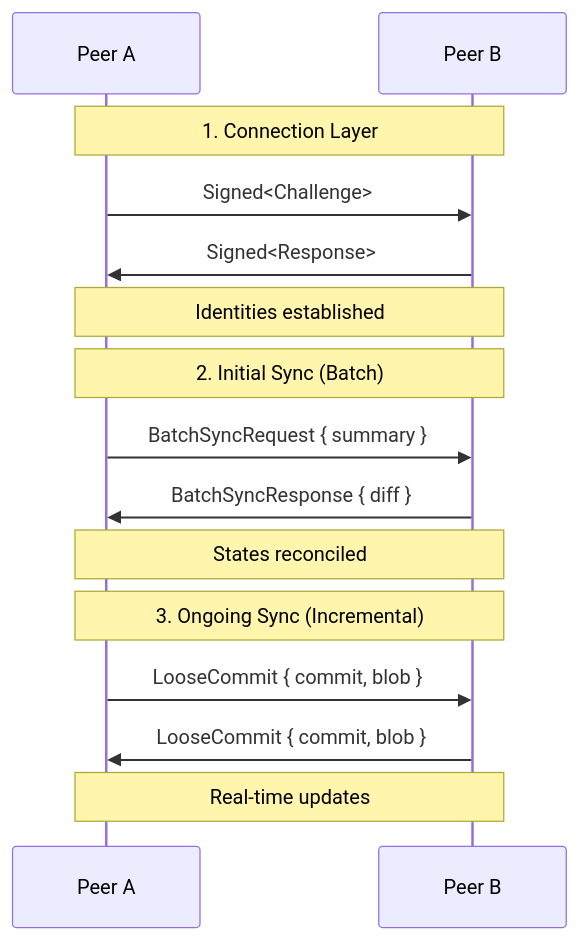
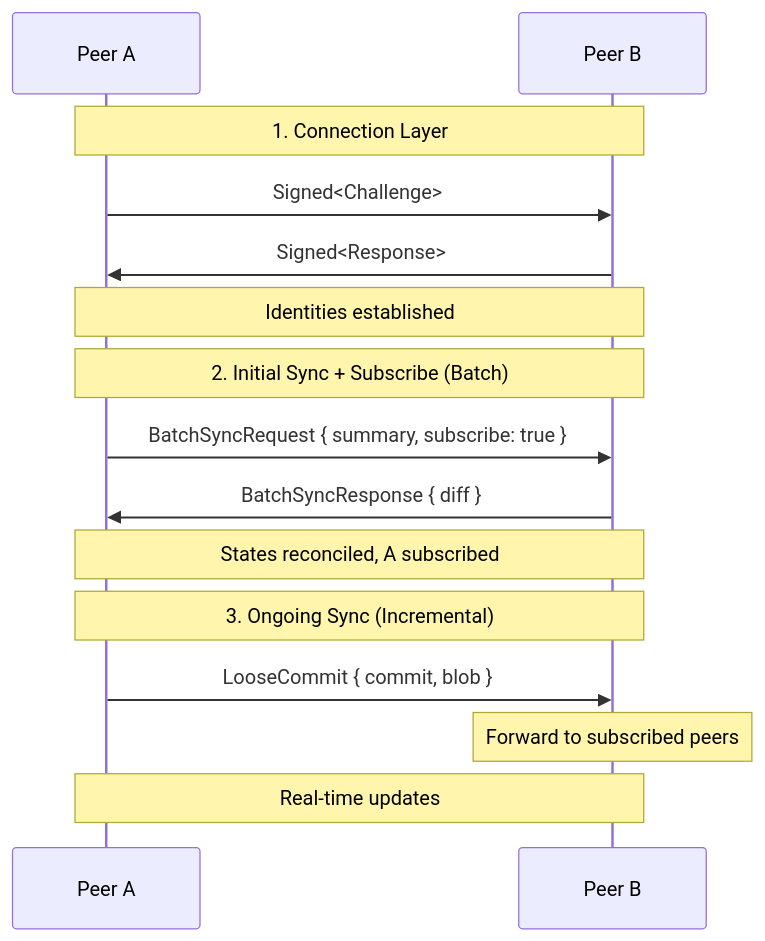
The second of 2 diagrams in design/README.md (inkandswitch/subduction), drawn with Mermaid before and after one commit. The commit also changed other lines of this file and 4 other files, not shown here.

````diff
--- a/design/README.md
+++ b/design/README.md
@@ -27,20 +27,20 @@
 ```mermaid
 sequenceDiagram
     participant A as Peer A
     participant B as Peer B
 
     Note over A,B: 1. Connection Layer
     A->>B: Signed<Challenge>
     B->>A: Signed<Response>
     Note over A,B: Identities established
 
-    Note over A,B: 2. Initial Sync (Batch)
-    A->>B: BatchSyncRequest { summary }
+    Note over A,B: 2. Initial Sync + Subscribe (Batch)
+    A->>B: BatchSyncRequest { summary, subscribe: true }
     B->>A: BatchSyncResponse { diff }
-    Note over A,B: States reconciled
+    Note over A,B: States reconciled, A subscribed
 
     Note over A,B: 3. Ongoing Sync (Incremental)
     A->>B: LooseCommit { commit, blob }
-    B->>A: LooseCommit { commit, blob }
+    Note over B: Forward to subscribed peers
     Note over A,B: Real-time updates
 ```
````
